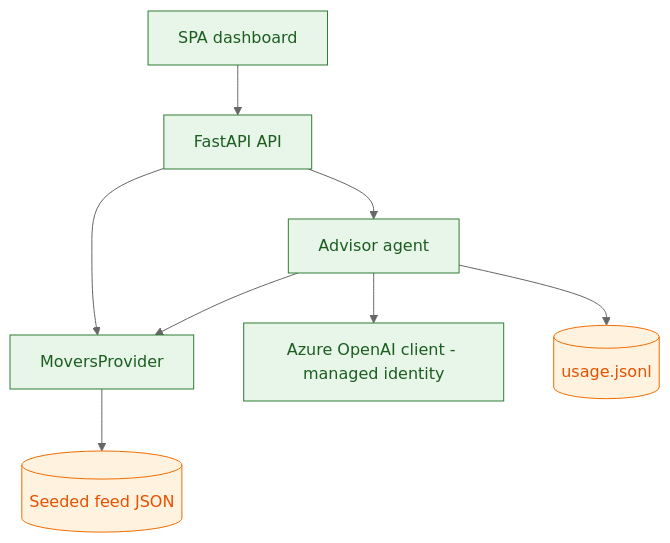
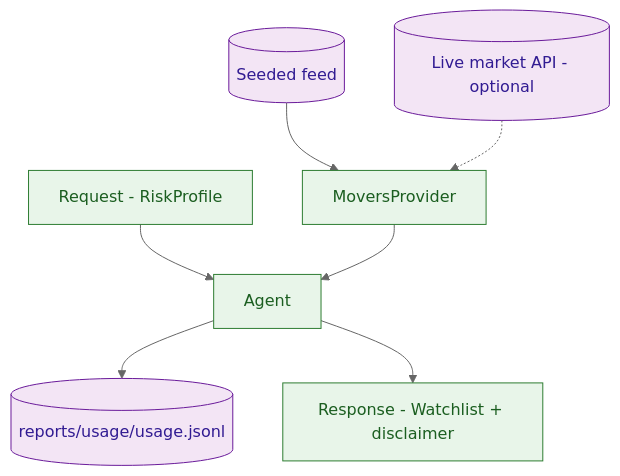
One commit to ajai-d/stock-guru changed the second of 17 diagrams in plan/plan-Iteration-G2EXH7.md. Above: the diagram before and after it, drawn with Mermaid (neutral theme). The commit also changed other lines of this file and 2 other files, not shown here.

Commit message:
PLAN-EXIT correction Iteration-G2EXH7: add all required diagrams (1.2/1.7/2.2/2.5), fix Mermaid semicolons, expand Autopilot to cover Azure infra + deploy

````diff
--- a/plan/plan-Iteration-G2EXH7.md
+++ b/plan/plan-Iteration-G2EXH7.md
@@ -94,12 +57,11 @@
 ```mermaid
 flowchart TB
-    spa[SPA dashboard]:::c --> api[FastAPI API]:::c
-    api --> movers[MoversProvider]:::c
-    api --> agent[Advisor agent]:::c
-    agent --> movers
-    agent --> aoai[Azure OpenAI client - managed identity]:::c
-    movers --> seeded[(Seeded feed JSON)]:::d
-    agent --> usage[(usage.jsonl)]:::d
+    prof[Request - RiskProfile]:::c --> agent[Agent]:::c
+    seeded[(Seeded feed)]:::d --> prov[MoversProvider]:::c
+    live[(Live market API - optional)]:::d -.-> prov
+    prov --> agent
+    agent --> usage[(reports/usage/usage.jsonl)]:::d
+    agent --> resp[Response - Watchlist + disclaimer]:::c
     classDef c fill:#E8F5E9,stroke:#2E7D32,color:#1B5E20;
-    classDef d fill:#FFF3E0,stroke:#EF6C00,color:#E65100;
+    classDef d fill:#F3E5F5,stroke:#6A1B9A,color:#311B92;
 ```
````
